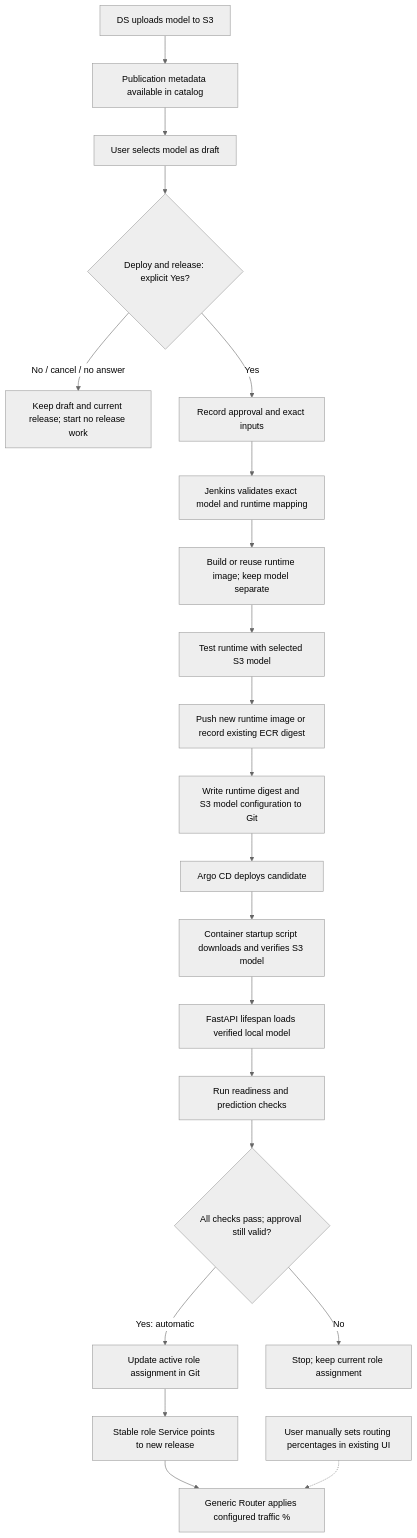
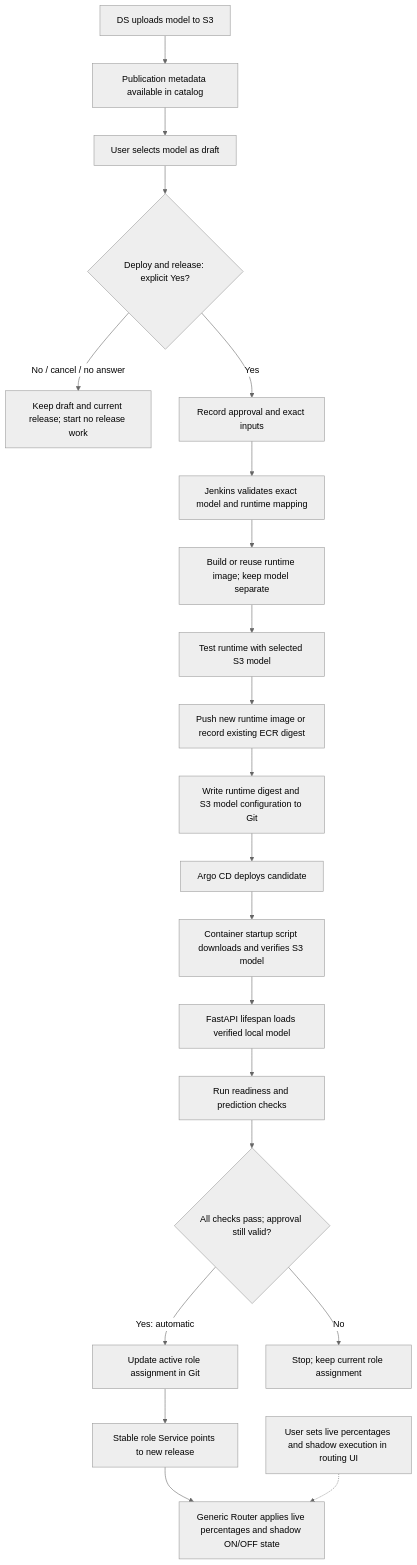
The second of 3 diagrams in ncm-implementation-plan-medium.md (mdragomir-taurus/ops-diagrams), drawn with Mermaid (neutral theme) before and after one commit. The commit also changed other lines of this file and 2 other files, not shown here.

````diff
--- a/ncm-implementation-plan-medium.md
+++ b/ncm-implementation-plan-medium.md
@@ -290,23 +292,23 @@
 ```mermaid
 flowchart TD
     S3["DS uploads model to S3"] --> Catalog["Publication metadata available in catalog"]
     Catalog --> Draft["User selects model as draft"]
     Draft --> Approve{"Deploy and release: explicit Yes?"}
     Approve -->|"No / cancel / no answer"| Hold["Keep draft and current release; start no release work"]
     Approve -->|"Yes"| Snapshot["Record approval and exact inputs"]
     Snapshot --> Jenkins["Jenkins validates exact model and runtime mapping"]
     Jenkins --> Image["Build or reuse runtime image; keep model separate"]
     Image --> Test["Test runtime with selected S3 model"]
     Test --> ECR["Push new runtime image or record existing ECR digest"]
     ECR --> Git["Write runtime digest and S3 model configuration to Git"]
     Git --> Deploy["Argo CD deploys candidate"]
     Deploy --> Prepare["Container startup script downloads and verifies S3 model"]
     Prepare --> Load["FastAPI lifespan loads verified local model"]
     Load --> Validate["Run readiness and prediction checks"]
     Validate --> Checks{"All checks pass; approval still valid?"}
     Checks -->|"Yes: automatic"| Assign["Update active role assignment in Git"]
     Checks -->|"No"| Stop["Stop; keep current role assignment"]
     Assign --> Live["Stable role Service points to new release"]
-    Live --> Router["Generic Router applies configured traffic %"]
-    Traffic["User manually sets routing percentages in existing UI"] -.-> Router
+    Live --> Router["Generic Router applies live percentages and shadow ON/OFF state"]
+    Traffic["User sets live percentages and shadow execution in routing UI"] -.-> Router
 ```
````
